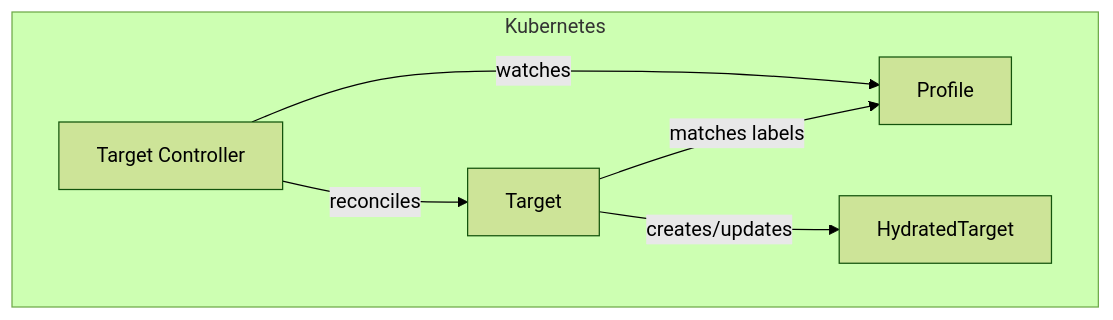
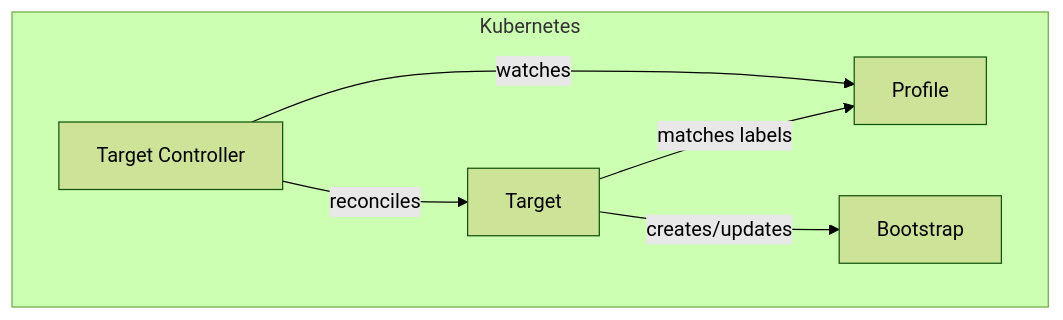
One commit to opendefensecloud/solution-arsenal changed the first of 4 diagrams in docs/developer-guide/target_controller.md. Above: the diagram before and after it, drawn with Mermaid (forest theme). The commit also changed other lines of this file and 6 other files, not shown here.

Commit message:
docs: rename HydratedTarget to Bootstrap in controller docs and fix inaccuracies

````diff
--- a/docs/developer-guide/target_controller.md
+++ b/docs/developer-guide/target_controller.md
@@ -9,15 +9,15 @@
 ```mermaid
 flowchart TD
     subgraph Kubernetes
         Ctrl[Target Controller]
         T[Target]
         P[Profile]
-        HT[HydratedTarget]
+        BS[Bootstrap]
     end
 
     Ctrl -->|reconciles| T
     Ctrl -->|watches| P
 
-    T -->|creates/updates| HT
+    T -->|creates/updates| BS
     T -->|matches labels| P
 ```
````
